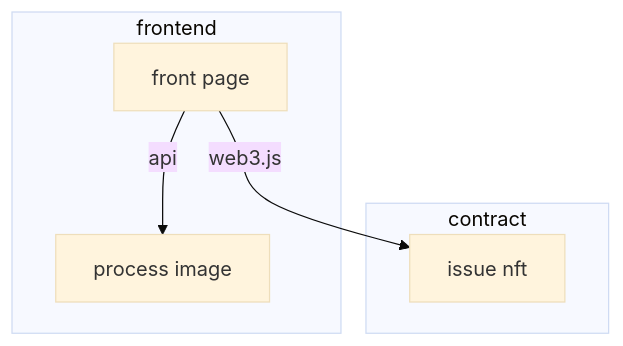
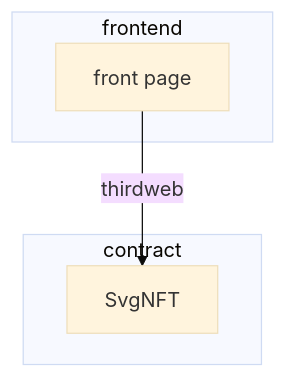
One commit to sakuyacatcat/nft-image-processor changed the diagram in README.md. Above: the diagram before and after it, drawn with Mermaid (base theme).

Commit message:
update: architecture on readme

````diff
--- a/README.md
+++ b/README.md
@@ -7,15 +7,13 @@
 ```mermaid
 graph TD
 
   subgraph frontend
     A[front page]
-    B[process image]
-    A -->|"api"| B
   end
 
   subgraph contract
-    C[issue nft]
+    B[SvgNFT]
   end
 
-  A -->|"web3.js"| C
+  A -->|"thirdweb"| B
 ```
````
